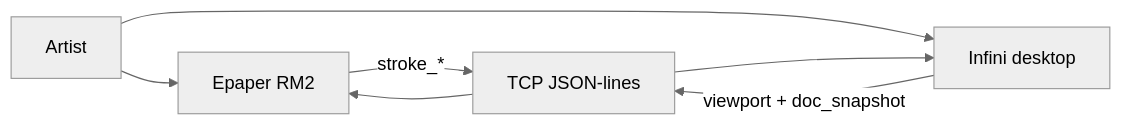
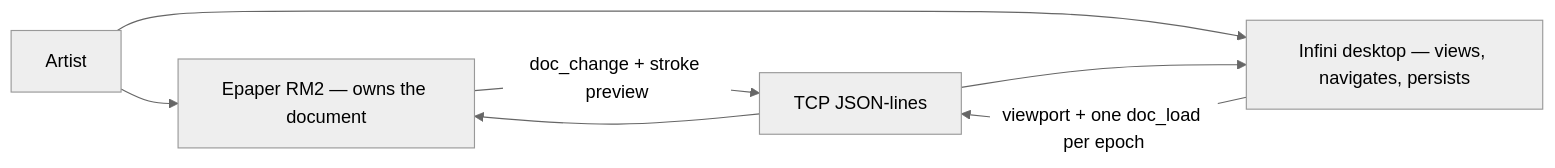
Before and after one commit to hoaidv/reawa: the first of 2 diagrams in .docs/modules/infini/architecture.md, drawn with Mermaid (neutral theme). The commit also changed other lines of this file and 73 other files, not shown here.

Commit message:
Rebuild PRD, Architect of SmartGroup

````diff
--- a/.docs/modules/infini/architecture.md
+++ b/.docs/modules/infini/architecture.md
@@ -52,9 +69,9 @@
 ```mermaid
 flowchart LR
-  artist["Artist"] --> epaper["Epaper RM2"]
-  artist --> infini["Infini desktop"]
-  epaper -->|"stroke_*"| session["TCP JSON-lines"]
-  infini -->|"viewport + doc_snapshot"| session
+  artist["Artist"] --> epaper["Epaper RM2 — owns the document"]
+  artist --> infini["Infini desktop — views, navigates, persists"]
+  epaper -->|"doc_change + stroke preview"| session["TCP JSON-lines"]
+  infini -->|"viewport + one doc_load per epoch"| session
   session --> epaper
   session --> infini
 ```
````
